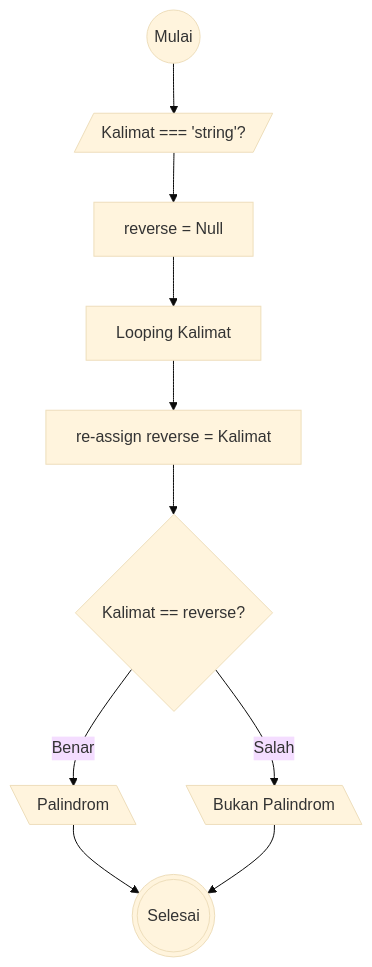
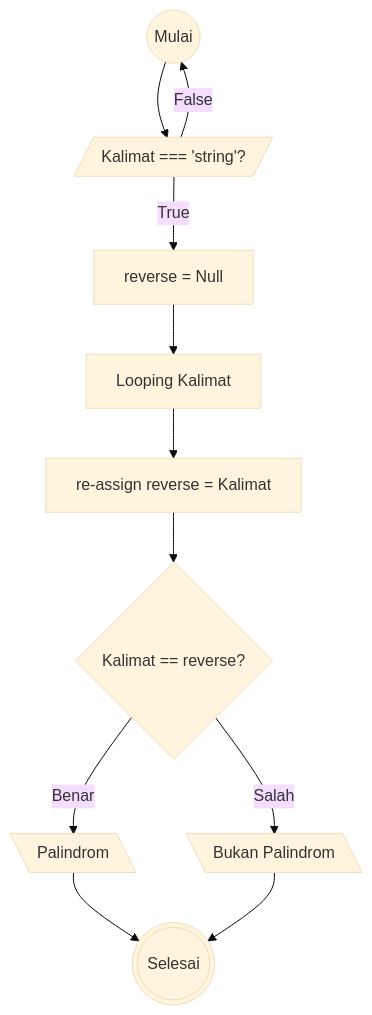
Before and after one commit to HN721/fgo24-weeklytask1: the first of 2 diagrams in README.md, drawn with Mermaid (base theme).

````diff
--- a/README.md
+++ b/README.md
@@ -15,22 +15,23 @@
 ```mermaid
 flowchart TD
 
 A@{shape: circle , label: "Mulai"}
 B@{shape: lean-r, label: "Kalimat === 'string'?"}
 C@{shape: rectangle, label: "reverse = Null"}
 H@{shape: rectangle, label: "Looping Kalimat"}
 I@{shape: rectangle, label: "re-assign reverse = Kalimat "}
 D@{shape: diamond, label: "Kalimat == reverse?"}
 E@{shape: lean-l, label: "Palindrom"}
 F@{shape: lean-l, label: "Bukan Palindrom"}
 G@{shape: dbl-circ, label: "Selesai"}
 A --> B
-B --> C
+B --False--> A
+B --True--> C
 C --> H
 H --> I
 I --> D
 D --Benar--> E
 D --Salah--> F
 E --> G
 F --> G
 ```
````
